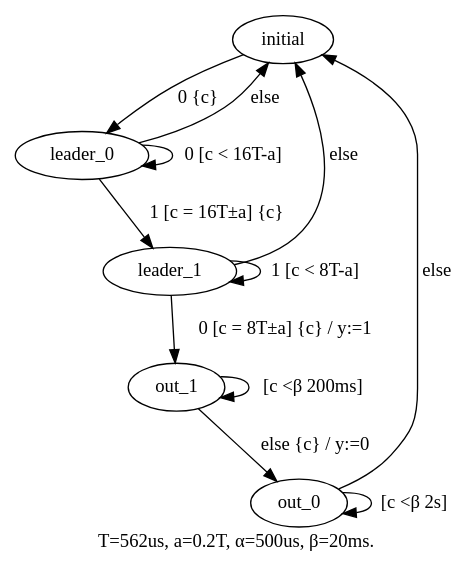
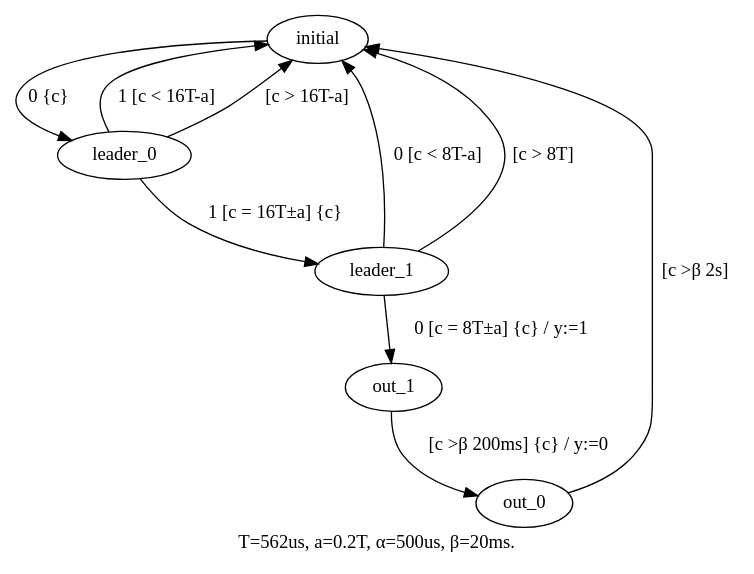
The diagram in examples/ir2solenoid/src/fsm.dot (ikuo/tathdl), drawn with Graphviz before and after one commit. The commit also changed 2 other files, not shown here.

```diff
--- a/examples/ir2solenoid/src/fsm.dot
+++ b/examples/ir2solenoid/src/fsm.dot
@@ -1,19 +1,17 @@
 digraph Fsm1 {
     graph [label = "T=562us, a=0.2T, α=500us, β=20ms."]
     0 [label = "initial"]
     1 [label = "leader_0"]
     2 [label = "leader_1"]
     3 [label = "out_1"]
     4 [label = "out_0"]
     0 -> 1 [label = "0 {c}"]
-    1 -> 1 [label = "0 [c < 16T-a]"]
+    1 -> 0 [label = "1 [c < 16T-a]"]
     1 -> 2 [label = "1 [c = 16T±a] {c}"]
-    1 -> 0 [label = "else"]
-    2 -> 2 [label = "1 [c < 8T-a]"]
+    1 -> 0 [label = "[c > 16T-a]"]
+    2 -> 0 [label = "0 [c < 8T-a]"]
     2 -> 3 [label = "0 [c = 8T±a] {c} / y:=1"]
-    2 -> 0 [label = "else"]
-    3 -> 3 [label = "[c <β 200ms]"]
-    3 -> 4 [label = "else {c} / y:=0"]
-    4 -> 4 [label = "[c <β 2s]"]
-    4 -> 0 [label = "else"]
+    2 -> 0 [label = "[c > 8T]"]
+    3 -> 4 [label = "[c >β 200ms] {c} / y:=0"]
+    4 -> 0 [label = "[c >β 2s]"]
 }
```
